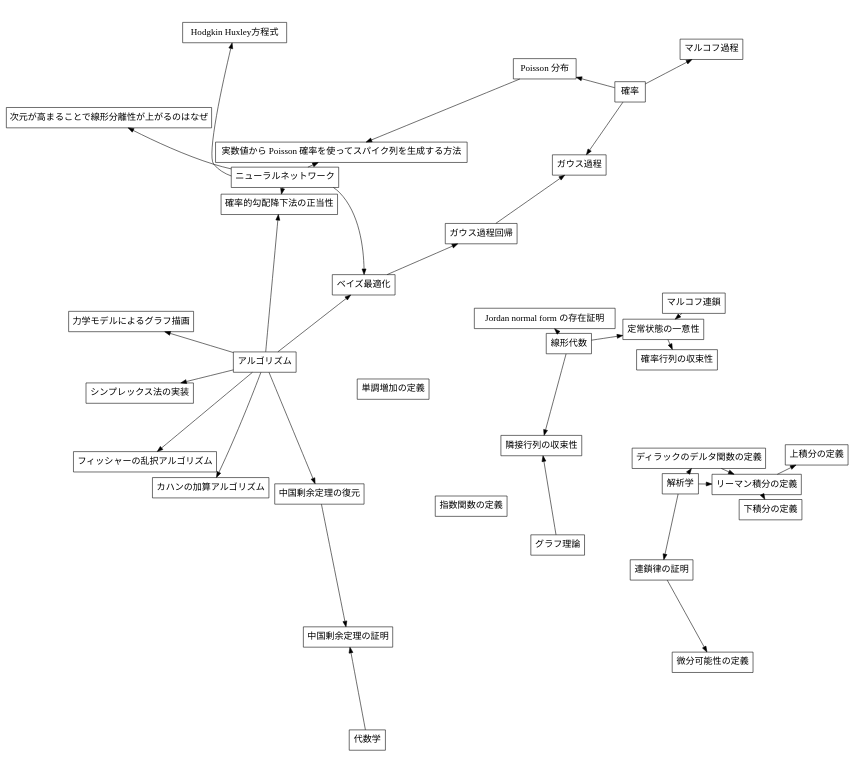
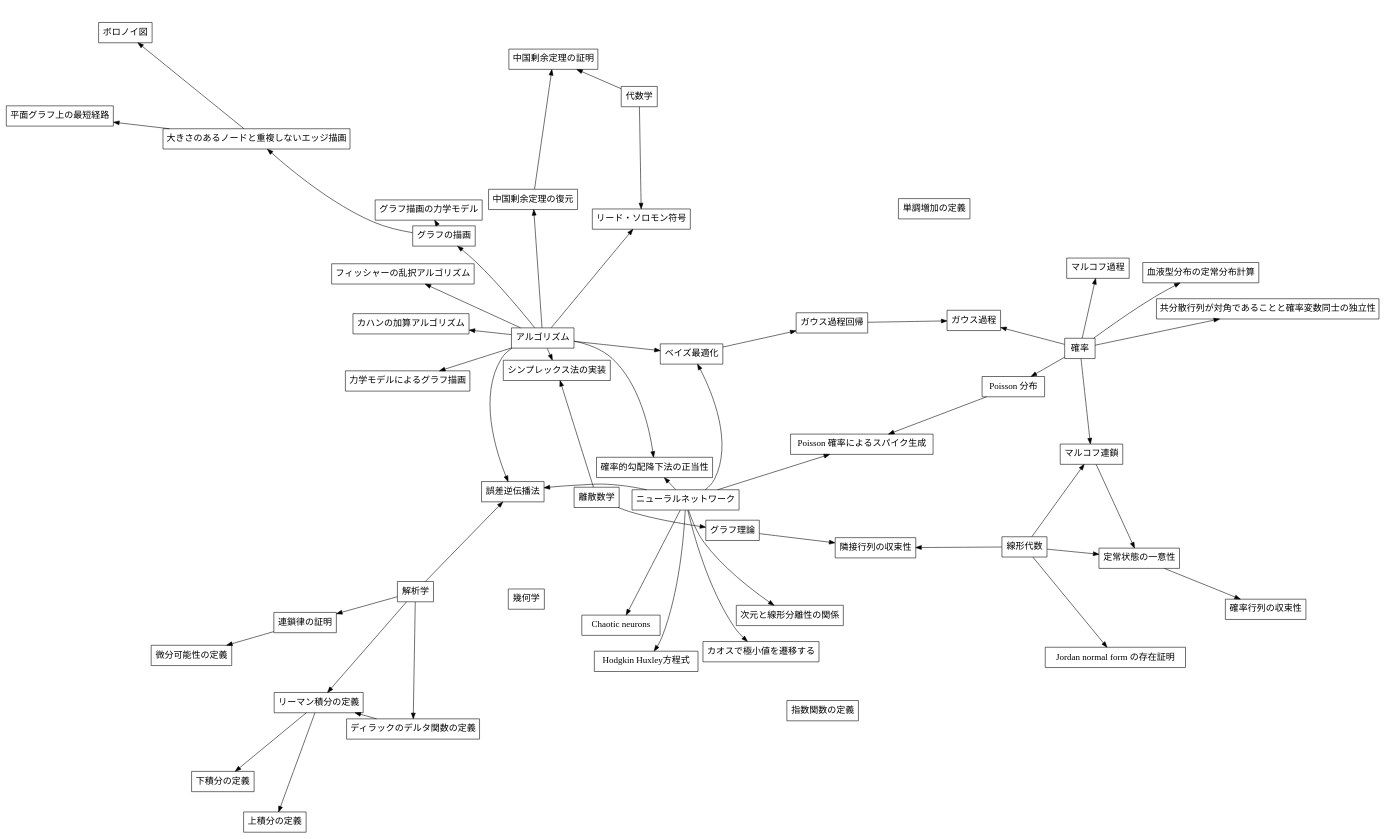
Before and after one commit to muushi97/notes: the diagram in todo/master.dot, drawn with Graphviz. The commit also changed 1 other file, not shown here.

```diff
--- a/todo/master.dot
+++ b/todo/master.dot
@@ -1,101 +1,134 @@
 digraph graph_name {
   graph [
     charset = "UTF-8";
     label = "todo",
     labelloc = "t",
     labeljust = "c",
     bgcolor = "#ffffff",
     fontcolor = white,
     fontsize = 18,
     style = "filled",
     rankdir = TB,
     margin = 0.2,
     splines = spline,
     ranksep = 1.0,
     nodesep = 0.9,
     //layout = dot
     layout = fdp
   ];
 
   node [
     colorscheme = "rdylgn11"
     style = "solid,filled",
     shape = box,
     fontsize = 16,
     fontcolor = black,
     fontname = "Migu 1M",
     color = black,
     fillcolor = white,
   ];
 
 
   // edge define
   "ニューラルネットワーク";
   "解析学"
+  "代数学";
+  "幾何学";
   "線形代数";
-  "グラフ理論";
   "確率";
-  "代数学";
+  "離散数学";
+  { "離散数学" } -> "グラフ理論";
   "アルゴリズム";
 
   "単調増加の定義";
   "指数関数の定義";
 
-  "解析学"                          -> "連鎖律の証明";
+  { "解析学" }                          -> "連鎖律の証明";
 
-  "連鎖律の証明"                    -> "微分可能性の定義";
+  { "連鎖律の証明" }                    -> "微分可能性の定義";
 
-  "解析学"                          -> "ディラックのデルタ関数の定義";
+  { "解析学" }                          -> "ディラックのデルタ関数の定義";
 
-  "解析学"                          -> "リーマン積分の定義";
-  "ディラックのデルタ関数の定義"    -> "リーマン積分の定義";
+  { "解析学";
+    "ディラックのデルタ関数の定義" }    -> "リーマン積分の定義";
 
-  "リーマン積分の定義"              -> "上積分の定義";
+  { "リーマン積分の定義" }              -> "上積分の定義";
 
-  "リーマン積分の定義"              -> "下積分の定義";
+  { "リーマン積分の定義" }              -> "下積分の定義";
 
-  "確率"                            -> "マルコフ過程";
+  { "確率" }                            -> "マルコフ過程";
 
-  "確率"                            -> "Poisson 分布";
+  { "確率" }                            -> "Poisson 分布";
 
-  "ベイズ最適化"                    -> "ガウス過程回帰";
+  { "確率" }                            -> "共分散行列が対角であることと確率変数同士の独立性";
 
-  "確率"                            -> "ガウス過程";
-  "ガウス過程回帰"                  -> "ガウス過程";
+  { "確率" }                            -> "血液型分布の定常分布計算";
 
-  "グラフ理論"                      -> "隣接行列の収束性";
-  "線形代数"                        -> "隣接行列の収束性";
+  { "ベイズ最適化" }                    -> "ガウス過程回帰";
 
-  "線形代数"                        -> "Jordan normal form の存在証明";
+  { "確率";
+    "ガウス過程回帰" }                  -> "ガウス過程";
 
-  "マルコフ連鎖"                    -> "定常状態の一意性";
-  "線形代数"                        -> "定常状態の一意性";
+  { "グラフ理論";
+    "線形代数" }                        -> "隣接行列の収束性";
 
-  "定常状態の一意性"                -> "確率行列の収束性";
+  { "線形代数" }                        -> "Jordan normal form の存在証明";
 
-  { "アルゴリズム" }                -> "中国剰余定理の復元";
+  { "線形代数";
+    "確率" }                            -> "マルコフ連鎖";
+
+  { "マルコフ連鎖";
+    "線形代数" }                        -> "定常状態の一意性";
+
+  { "定常状態の一意性" }                -> "確率行列の収束性";
+
+  { "アルゴリズム" }                    -> "中国剰余定理の復元";
 
   { "代数学";
-    "中国剰余定理の復元" }          -> "中国剰余定理の証明";
+    "中国剰余定理の復元" }              -> "中国剰余定理の証明";
 
-  { "ニューラルネットワーク" }      -> "Hodgkin Huxley方程式";
+  { "ニューラルネットワーク" }          -> "Hodgkin Huxley方程式";
 
   { "ニューラルネットワーク";
-    "アルゴリズム" }                -> "確率的勾配降下法の正当性";
+    "アルゴリズム" }                    -> "確率的勾配降下法の正当性";
 
   { "ニューラルネットワーク";
-    "Poisson 分布" }                -> "実数値から Poisson 確率を使ってスパイク列を生成する方法";
+    "Poisson 分布" }                    -> "Poisson 確率によるスパイク生成";
 
-  { "ニューラルネットワーク" }      -> "次元が高まることで線形分離性が上がるのはなぜ";
+  { "ニューラルネットワーク" }          -> "次元と線形分離性の関係";
+
+  { "ニューラルネットワーク" }          -> "Chaotic neurons";
 
   { "ニューラルネットワーク";
-    "アルゴリズム" }                -> "ベイズ最適化";
+    "アルゴリズム" }                    -> "ベイズ最適化";
 
-  { "アルゴリズム" }                -> "フィッシャーの乱択アルゴリズム";
+  { "ニューラルネットワーク" }          -> "カオスで極小値を遷移する";
+  // ホップフィールドモデルだとエネルギー関数の極小値に記憶がうめこまれる
+  // カオスニューラルネットのひとつがホップフィールドネットワークで、海馬でもカオスがみられてる
+  // カオスんニューラルネットワークならうまくやればエネルギーの極小値にしばらく留まってから別の極小値へ遷移するようになる
+  // これを利用すればネットワークが記憶した内容をとりだせる
 
-  { "アルゴリズム" }                -> "カハンの加算アルゴリズム";
 
-  { "アルゴリズム" }                -> "シンプレックス法の実装";
+  { "アルゴリズム" }                    -> "フィッシャーの乱択アルゴリズム";
 
-  { "アルゴリズム" }                -> "力学モデルによるグラフ描画";
+  { "アルゴリズム" }                    -> "カハンの加算アルゴリズム";
+
+  { "アルゴリズム";
+    "離散数学" }                        -> "シンプレックス法の実装";
+
+  { "アルゴリズム" }                    -> "力学モデルによるグラフ描画";
+
+  { "アルゴリズム" }                    -> "グラフの描画";
+  { "グラフの描画" }                    -> "グラフ描画の力学モデル";
+
+  { "グラフの描画" }                    -> "大きさのあるノードと重複しないエッジ描画";
+  { "大きさのあるノードと重複しないエッジ描画" } -> "ボロノイ図";
+  { "大きさのあるノードと重複しないエッジ描画" } -> "平面グラフ上の最短経路";
+
+  { "ニューラルネットワーク";
+    "解析学";
+    "アルゴリズム" }                    -> "誤差逆伝播法";
+
+  { "代数学";
+    "アルゴリズム" }                    -> "リード・ソロモン符号";
 }
```
